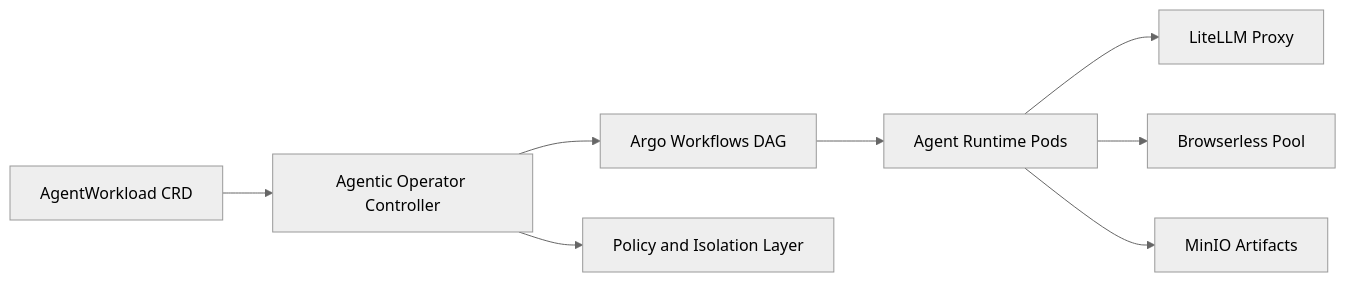
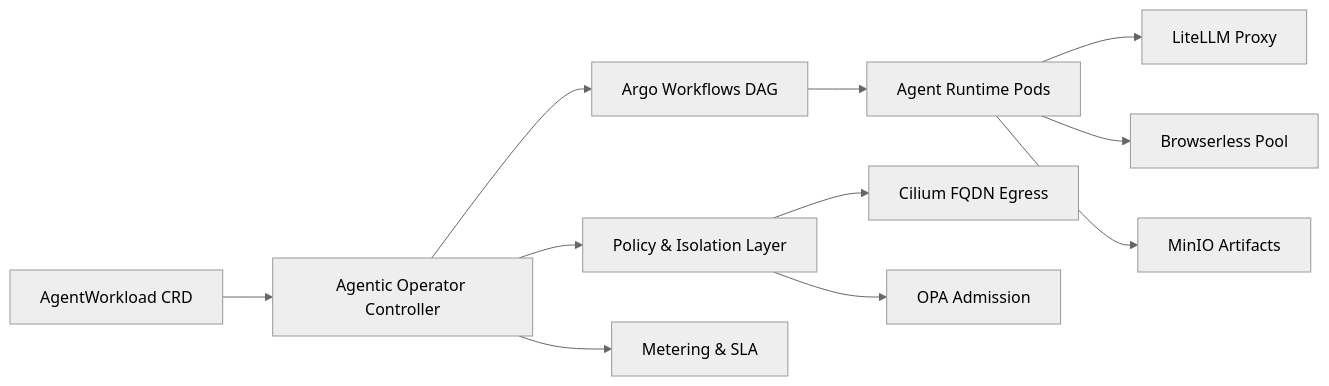
The diagram in README.md (Clawdlinux/agentic-operator-core), drawn with Mermaid (neutral theme) before and after one commit. The commit also changed other lines of this file and 8 other files, not shown here.

First line of the commit message:
chore: OSS growth overhaul — README, Codespaces, install script, SEO, roadmap (#47)

````diff
--- a/README.md
+++ b/README.md
@@ -53,10 +91,13 @@
 ```mermaid
 flowchart LR
-		A[AgentWorkload CRD] --> B[Agentic Operator Controller]
-		B --> C[Argo Workflows DAG]
-		C --> D[Agent Runtime Pods]
-		D --> E[LiteLLM Proxy]
-		D --> F[Browserless Pool]
-		D --> G[MinIO Artifacts]
-		B --> H[Policy and Isolation Layer]
+    A[AgentWorkload CRD] --> B[Agentic Operator Controller]
+    B --> C[Argo Workflows DAG]
+    C --> D[Agent Runtime Pods]
+    D --> E[LiteLLM Proxy]
+    D --> F[Browserless Pool]
+    D --> G[MinIO Artifacts]
+    B --> H[Policy & Isolation Layer]
+    H --> I[Cilium FQDN Egress]
+    H --> J[OPA Admission]
+    B --> K[Metering & SLA]
 ```
````
